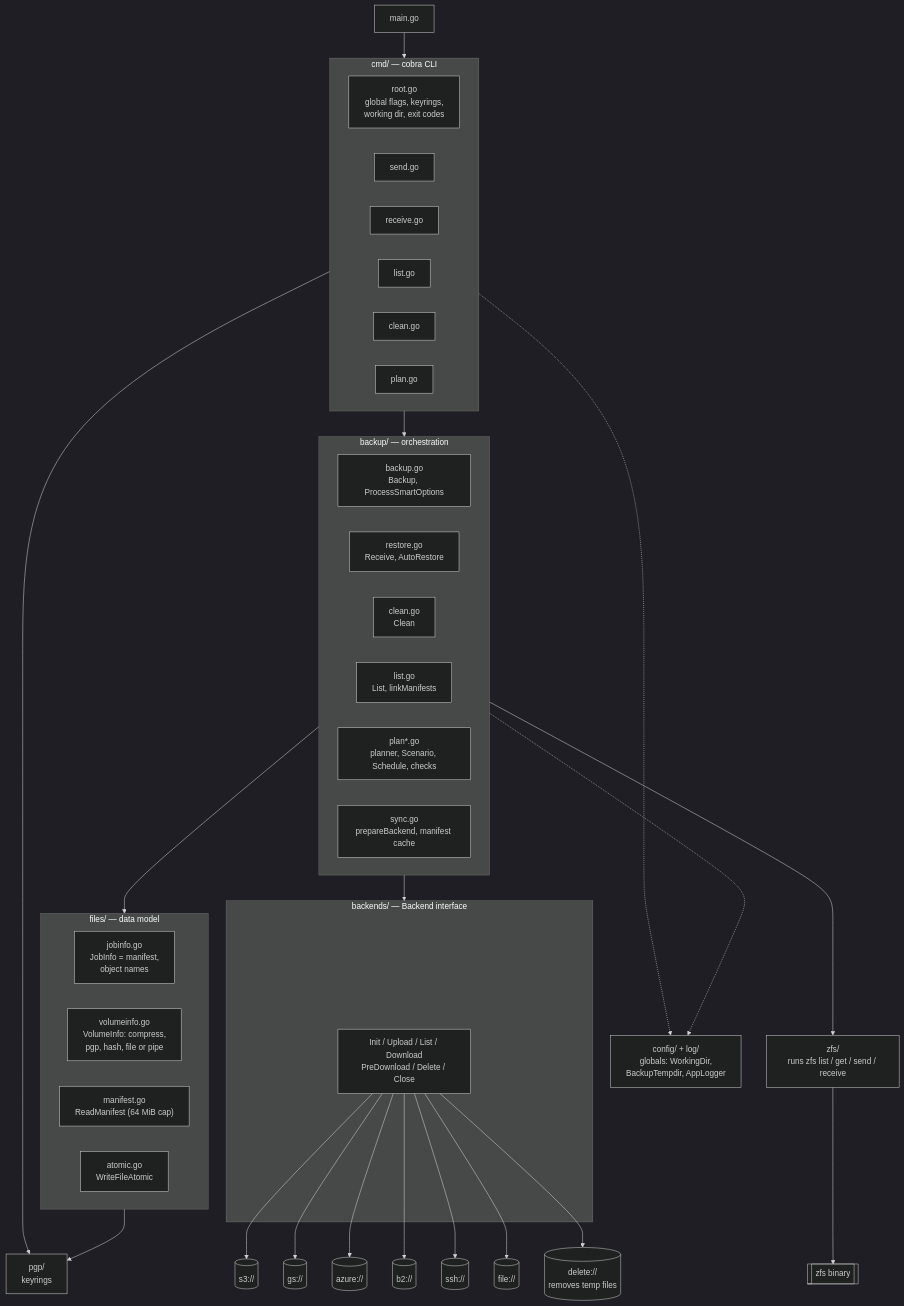
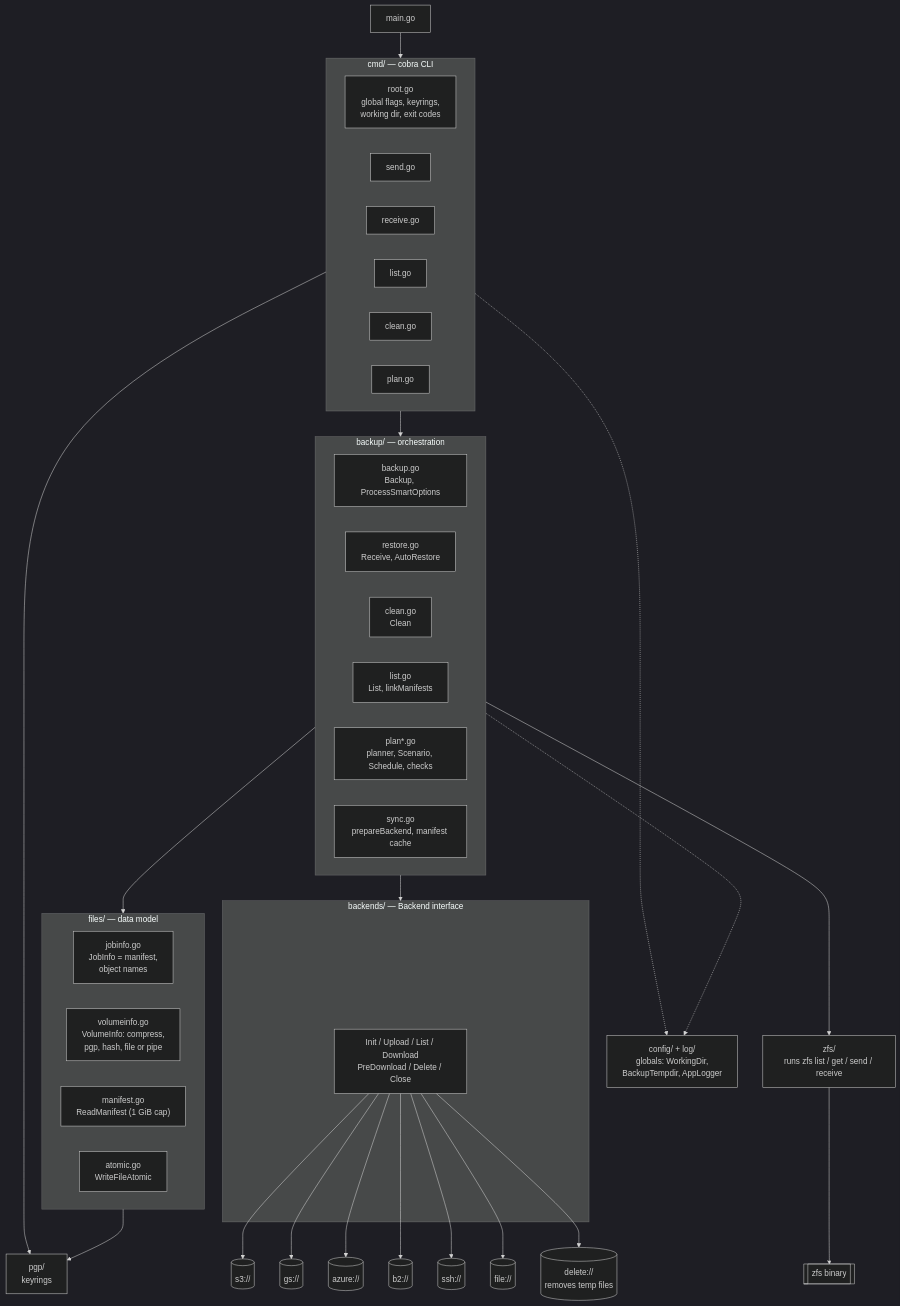
The first of 10 diagrams in docs/architecture.md (bosgood/zfsbackup-go), drawn with Mermaid (dark theme) before and after one commit. The commit also changed 11 other files, not shown here.

````diff
--- a/docs/architecture.md
+++ b/docs/architecture.md
@@ -19,52 +19,52 @@
 ```mermaid
 flowchart TD
     main["main.go"] --> cmd
 
     subgraph cmd["cmd/ — cobra CLI"]
         root["root.go<br/>global flags, keyrings,<br/>working dir, exit codes"]
         sendC["send.go"]
         recvC["receive.go"]
         listC["list.go"]
         cleanC["clean.go"]
         planC["plan.go"]
     end
 
     subgraph backup["backup/ — orchestration"]
         bk["backup.go<br/>Backup, ProcessSmartOptions"]
         rs["restore.go<br/>Receive, AutoRestore"]
         cl["clean.go<br/>Clean"]
         ls["list.go<br/>List, linkManifests"]
         pl["plan*.go<br/>planner, Scenario, Schedule, checks"]
         sy["sync.go<br/>prepareBackend, manifest cache"]
     end
 
     subgraph files["files/ — data model"]
         ji["jobinfo.go<br/>JobInfo = manifest,<br/>object names"]
         vi["volumeinfo.go<br/>VolumeInfo: compress,<br/>pgp, hash, file or pipe"]
-        mf["manifest.go<br/>ReadManifest (64 MiB cap)"]
+        mf["manifest.go<br/>ReadManifest (1 GiB cap)"]
         at["atomic.go<br/>WriteFileAtomic"]
     end
 
     subgraph backends["backends/ — Backend interface"]
         be["Init / Upload / List / Download<br/>PreDownload / Delete / Close"]
     end
 
     cmd --> backup
     cmd --> pgp["pgp/<br/>keyrings"]
     backup --> files
     backup --> backends
     backup --> zfs["zfs/<br/>runs zfs list / get / send / receive"]
     files --> pgp
     zfs --> zfsbin[["zfs binary"]]
     be --> s3[("s3://")]
     be --> gs[("gs://")]
     be --> az[("azure://")]
     be --> b2[("b2://")]
     be --> ssh[("ssh://")]
     be --> file[("file://")]
     be --> del[("delete://<br/>removes temp files")]
 
     config["config/ + log/<br/>globals: WorkingDir,<br/>BackupTempdir, AppLogger"]
     cmd -.-> config
     backup -.-> config
 ```
````
